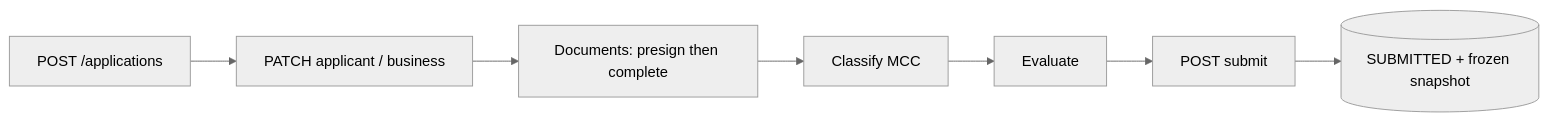
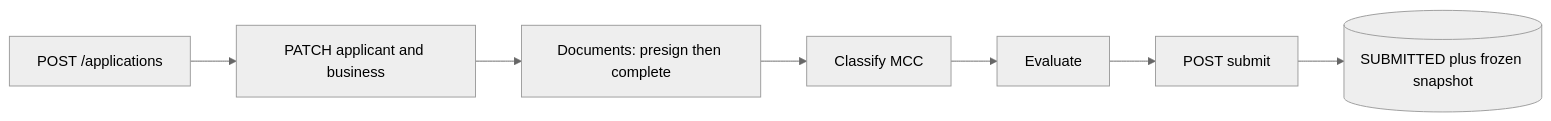
One commit to maha-sobuh/gweb-merchant-onboarding changed the diagram in README.md. Above: the diagram before and after it, drawn with Mermaid (neutral theme). The commit also changed other lines of this file and 6 other files, not shown here.

Commit message:
docs: final README, architecture, OpenAPI, MCC, test evidence, security and AI-usage notes

````diff
--- a/README.md
+++ b/README.md
@@ -15,9 +111,9 @@
 ```mermaid
 flowchart LR
-    A[POST /applications] --> B[PATCH applicant / business]
+    A[POST /applications] --> B[PATCH applicant and business]
     B --> C[Documents: presign then complete]
     C --> D[Classify MCC]
     D --> E[Evaluate]
     E --> F[POST submit]
-    F --> G[(SUBMITTED + frozen snapshot)]
+    F --> G[(SUBMITTED plus frozen snapshot)]
 ```
````
